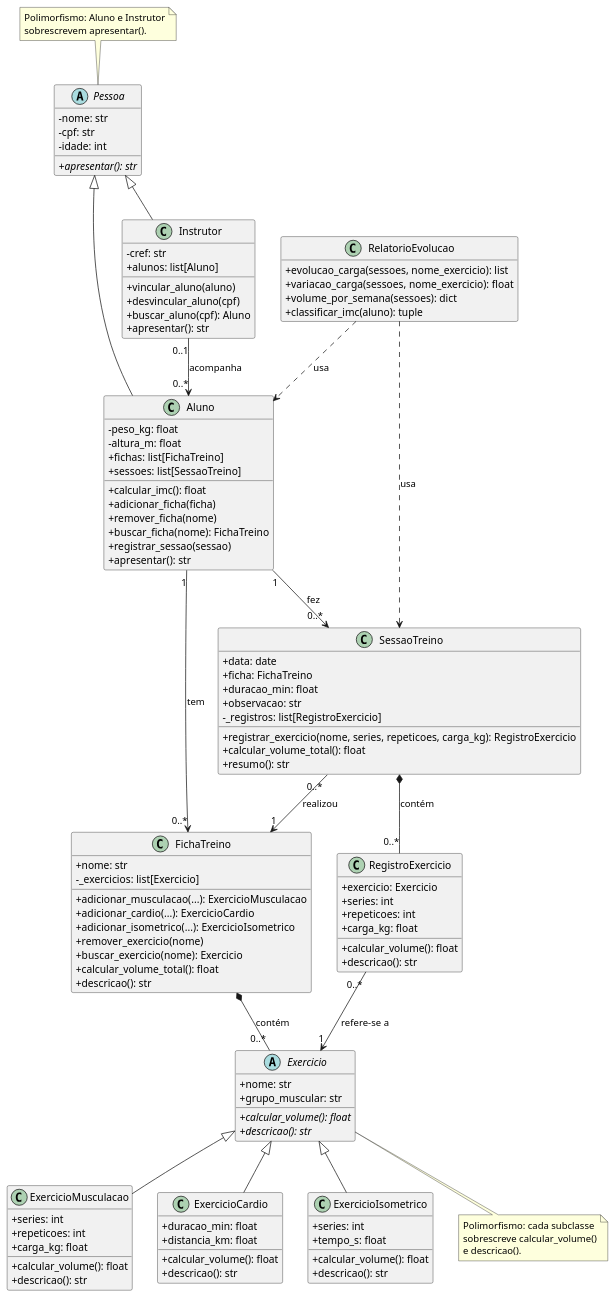
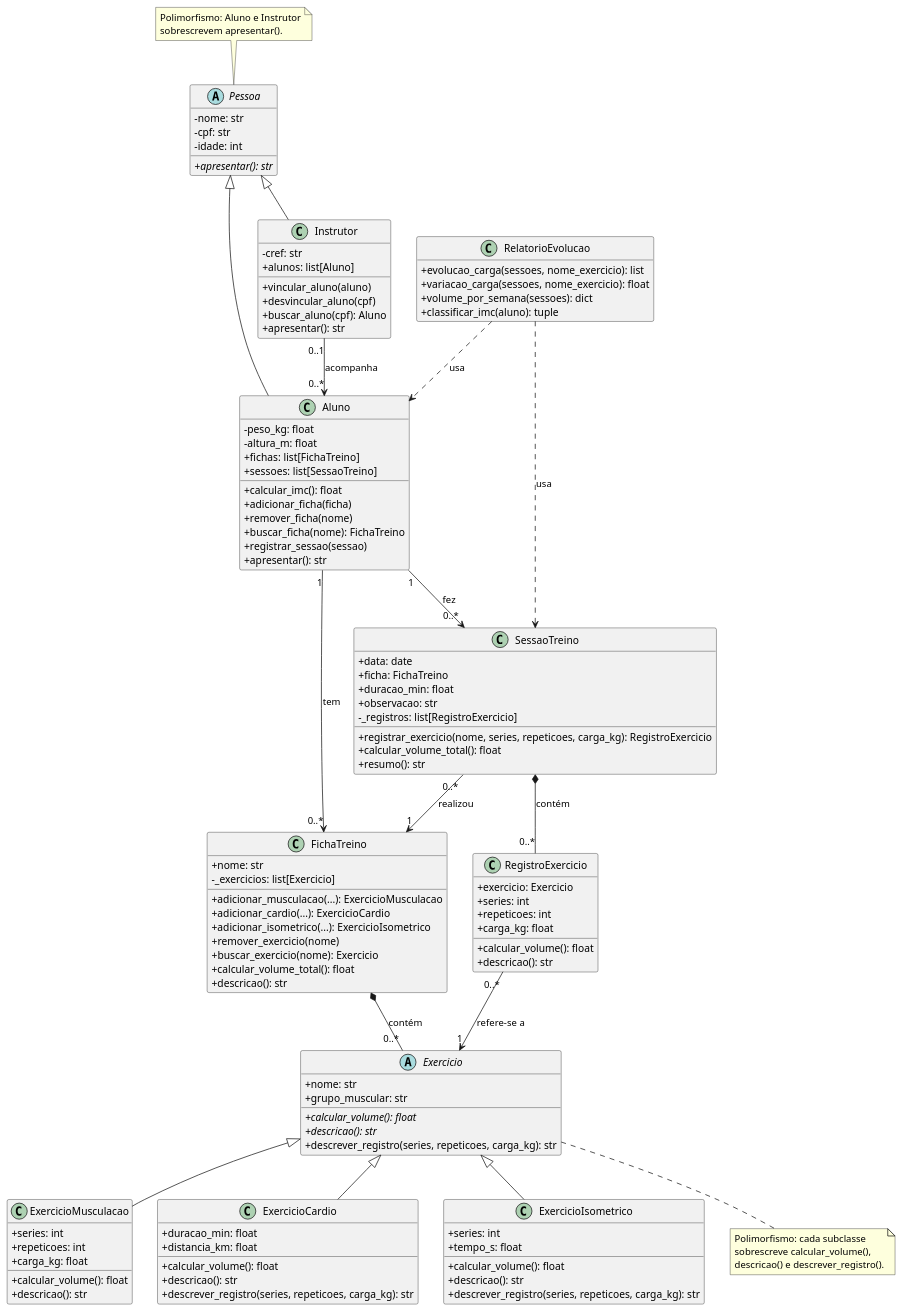
Before and after one commit to ianemirv/gerenciador-treinos: the diagram in docs/uml.puml, drawn with PlantUML. The commit also changed 12 other files, not shown here.

```diff
--- a/docs/uml.puml
+++ b/docs/uml.puml
@@ -1,137 +1,140 @@
 @startuml
 ' Diagrama de classes — Gerenciador de Treinos (nível 1)
 ' Para editar: cole este texto em https://www.plantuml.com/plantuml
 
 skinparam classAttributeIconSize 0
 hide empty members
 
 abstract class Pessoa {
   - nome: str
   - cpf: str
   - idade: int
   + {abstract} apresentar(): str
 }
 
 class Aluno {
   - peso_kg: float
   - altura_m: float
   + fichas: list[FichaTreino]
   + sessoes: list[SessaoTreino]
   + calcular_imc(): float
   + adicionar_ficha(ficha)
   + remover_ficha(nome)
   + buscar_ficha(nome): FichaTreino
   + registrar_sessao(sessao)
   + apresentar(): str
 }
 
 class Instrutor {
   - cref: str
   + alunos: list[Aluno]
   + vincular_aluno(aluno)
   + desvincular_aluno(cpf)
   + buscar_aluno(cpf): Aluno
   + apresentar(): str
 }
 
 abstract class Exercicio {
   + nome: str
   + grupo_muscular: str
   + {abstract} calcular_volume(): float
   + {abstract} descricao(): str
+  + descrever_registro(series, repeticoes, carga_kg): str
 }
 
 class ExercicioMusculacao {
   + series: int
   + repeticoes: int
   + carga_kg: float
   + calcular_volume(): float
   + descricao(): str
 }
 
 class ExercicioCardio {
   + duracao_min: float
   + distancia_km: float
   + calcular_volume(): float
   + descricao(): str
+  + descrever_registro(series, repeticoes, carga_kg): str
 }
 
 class ExercicioIsometrico {
   + series: int
   + tempo_s: float
   + calcular_volume(): float
   + descricao(): str
+  + descrever_registro(series, repeticoes, carga_kg): str
 }
 
 class FichaTreino {
   + nome: str
   - _exercicios: list[Exercicio]
   + adicionar_musculacao(...): ExercicioMusculacao
   + adicionar_cardio(...): ExercicioCardio
   + adicionar_isometrico(...): ExercicioIsometrico
   + remover_exercicio(nome)
   + buscar_exercicio(nome): Exercicio
   + calcular_volume_total(): float
   + descricao(): str
 }
 
 class SessaoTreino {
   + data: date
   + ficha: FichaTreino
   + duracao_min: float
   + observacao: str
   - _registros: list[RegistroExercicio]
   + registrar_exercicio(nome, series, repeticoes, carga_kg): RegistroExercicio
   + calcular_volume_total(): float
   + resumo(): str
 }
 
 class RegistroExercicio {
   + exercicio: Exercicio
   + series: int
   + repeticoes: int
   + carga_kg: float
   + calcular_volume(): float
   + descricao(): str
 }
 
 class RelatorioEvolucao {
   + evolucao_carga(sessoes, nome_exercicio): list
   + variacao_carga(sessoes, nome_exercicio): float
   + volume_por_semana(sessoes): dict
   + classificar_imc(aluno): tuple
 }
 
 ' Herança
 Pessoa <|-- Aluno
 Pessoa <|-- Instrutor
 Exercicio <|-- ExercicioMusculacao
 Exercicio <|-- ExercicioCardio
 Exercicio <|-- ExercicioIsometrico
 
 ' Composição
 FichaTreino *-- "0..*" Exercicio : contém
 SessaoTreino *-- "0..*" RegistroExercicio : contém
 
 ' Associação
 Instrutor "0..1" --> "0..*" Aluno : acompanha
 Aluno "1" --> "0..*" FichaTreino : tem
 Aluno "1" --> "0..*" SessaoTreino : fez
 SessaoTreino "0..*" --> "1" FichaTreino : realizou
 RegistroExercicio "0..*" --> "1" Exercicio : refere-se a
 
 ' Dependência
 RelatorioEvolucao ..> SessaoTreino : usa
 RelatorioEvolucao ..> Aluno : usa
 
 note bottom of Exercicio
   Polimorfismo: cada subclasse
-  sobrescreve calcular_volume()
-  e descricao().
+  sobrescreve calcular_volume(),
+  descricao() e descrever_registro().
 end note
 
 note top of Pessoa
   Polimorfismo: Aluno e Instrutor
   sobrescrevem apresentar().
 end note
 @enduml
```
